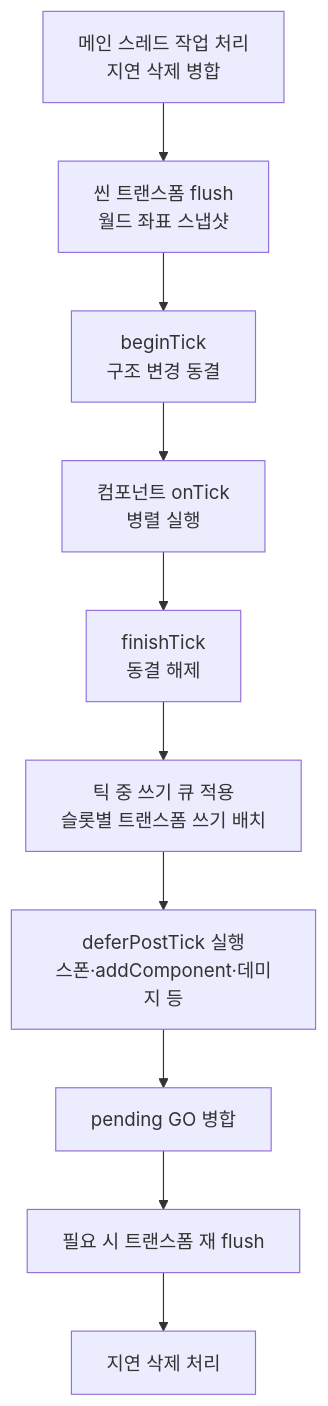
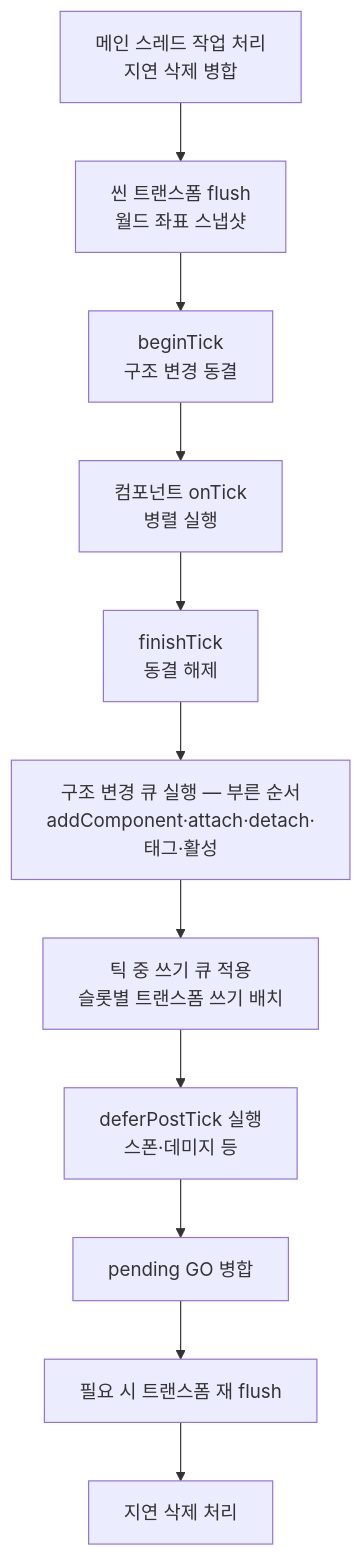
Before and after one commit to sswgame/LearningTemplate: the first of 3 diagrams in Source/Engine/Object/README.md, drawn with Mermaid. The commit also changed other lines of this file and 10 other files, not shown here.

````diff
--- a/Source/Engine/Object/README.md
+++ b/Source/Engine/Object/README.md
@@ -70,12 +70,13 @@
 ```mermaid
 flowchart TD
   A[메인 스레드 작업 처리<br/>지연 삭제 병합] --> B[씬 트랜스폼 flush<br/>월드 좌표 스냅샷]
   B --> C[beginTick<br/>구조 변경 동결]
   C --> D[컴포넌트 onTick<br/>병렬 실행]
   D --> E[finishTick<br/>동결 해제]
-  E --> F[틱 중 쓰기 큐 적용<br/>슬롯별 트랜스폼 쓰기 배치]
-  F --> G[deferPostTick 실행<br/>스폰·addComponent·데미지 등]
+  E --> E2[구조 변경 큐 실행 — 부른 순서<br/>addComponent·attach·detach·태그·활성]
+  E2 --> F[틱 중 쓰기 큐 적용<br/>슬롯별 트랜스폼 쓰기 배치]
+  F --> G[deferPostTick 실행<br/>스폰·데미지 등]
   G --> H[pending GO 병합]
   H --> I[필요 시 트랜스폼 재 flush]
   I --> J[지연 삭제 처리]
 ```
````
